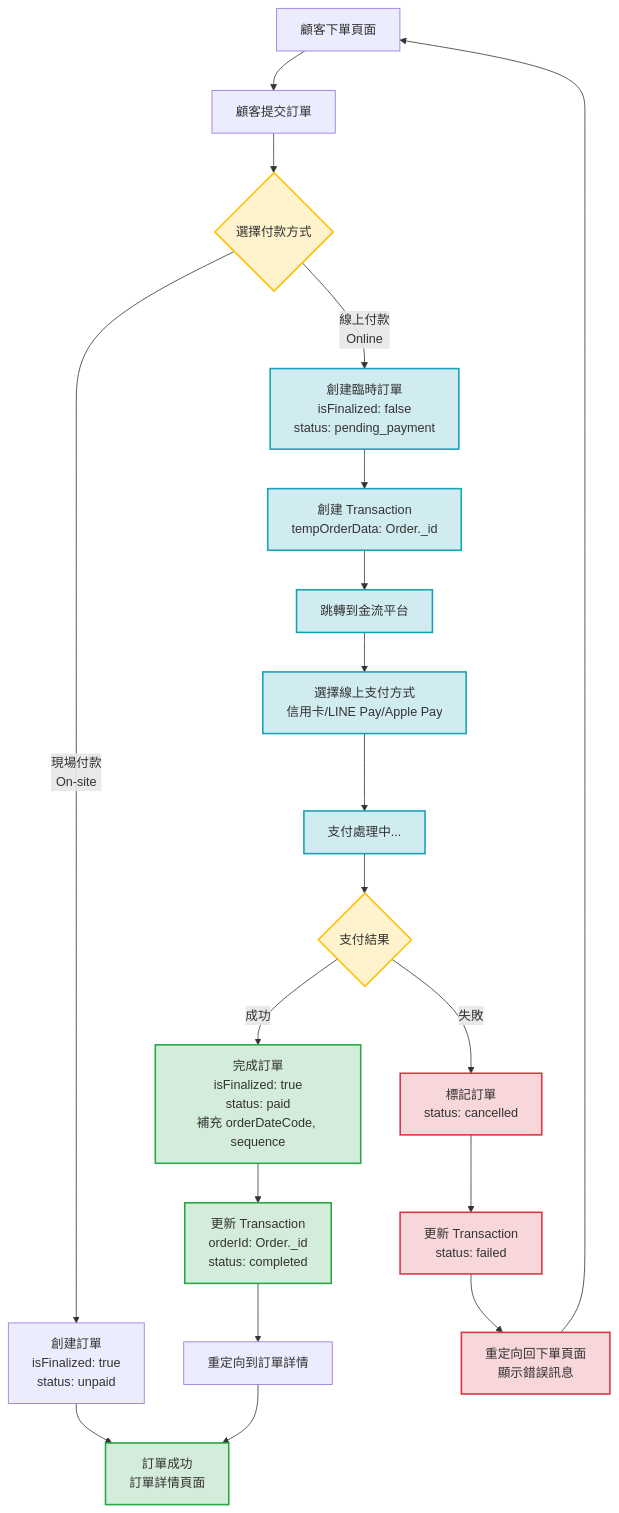
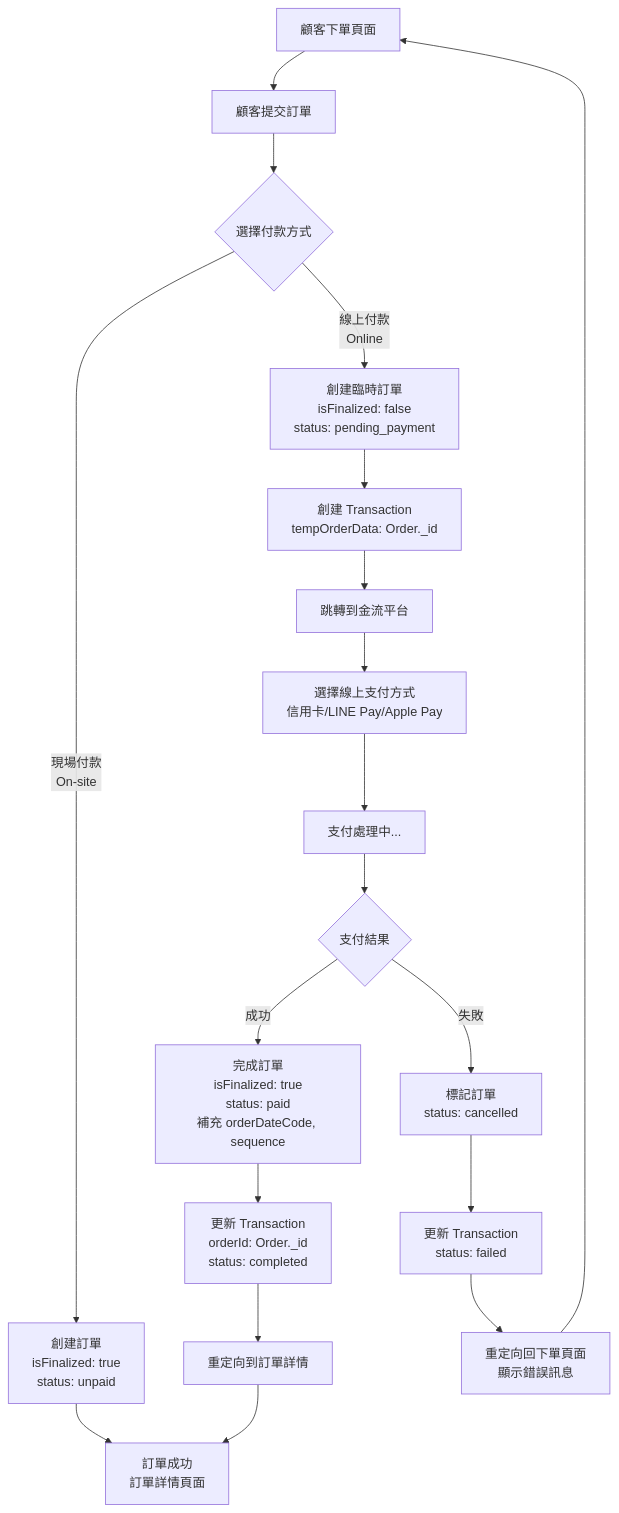
One commit to RabbirReaper/online-order-system changed the sixth of 10 diagrams in README.md. Above: the diagram before and after it, drawn with Mermaid.

Commit message:
fix(README): 移除不必要的 style ，防止字看不清楚

````diff
--- a/README.md
+++ b/README.md
@@ -1049,41 +1049,30 @@
 ```mermaid
 flowchart TD
     Start[顧客下單頁面] --> Submit[顧客提交訂單]
     Submit --> PaymentChoice{選擇付款方式}
 
     %% 現場付款流程
     PaymentChoice -->|現場付款<br/>On-site| CreateOnsite[創建訂單<br/>isFinalized: true<br/>status: unpaid]
     CreateOnsite --> SuccessDetail[訂單詳情頁面<br/>付款成功]
 
     %% 線上付款流程
     PaymentChoice -->|線上付款<br/>Online| CreateTemp[創建臨時訂單<br/>isFinalized: false<br/>status: pending_payment]
     CreateTemp --> CreateTxn[創建 Transaction<br/>tempOrderData: Order._id]
     CreateTxn --> RedirectPlatform[跳轉到金流平台]
     RedirectPlatform --> SelectMethod[選擇線上支付方式<br/>信用卡/LINE Pay/Apple Pay]
     SelectMethod --> Processing[支付處理中...]
 
     Processing --> PaymentResult{支付結果}
 
     %% 支付成功
     PaymentResult -->|成功| FinalizeOrder[完成訂單<br/>isFinalized: true<br/>status: paid<br/>補充 orderDateCode, sequence]
     FinalizeOrder --> UpdateTxn[更新 Transaction<br/>orderId: Order._id<br/>status: completed]
     UpdateTxn --> RedirectSuccess[重定向到訂單詳情]
     RedirectSuccess --> SuccessDetail[訂單成功<br/>訂單詳情頁面]
 
     %% 支付失敗
     PaymentResult -->|失敗| CancelOrder[標記訂單<br/>status: cancelled]
     CancelOrder --> UpdateTxnFail[更新 Transaction<br/>status: failed]
     UpdateTxnFail --> RedirectFail[重定向回下單頁面<br/>顯示錯誤訊息]
     RedirectFail --> Start
-
-    %% 樣式
-    classDef successStyle fill:#d4edda,stroke:#28a745,stroke-width:2px
-    classDef errorStyle fill:#f8d7da,stroke:#dc3545,stroke-width:2px
-    classDef processStyle fill:#d1ecf1,stroke:#17a2b8,stroke-width:2px
-    classDef decisionStyle fill:#fff3cd,stroke:#ffc107,stroke-width:2px
-
-    class FinalizeOrder,UpdateTxn,SuccessDetail successStyle
-    class CancelOrder,UpdateTxnFail,RedirectFail errorStyle
-    class CreateTemp,CreateTxn,RedirectPlatform,SelectMethod,Processing processStyle
-    class PaymentChoice,PaymentResult decisionStyle
 ```
````
